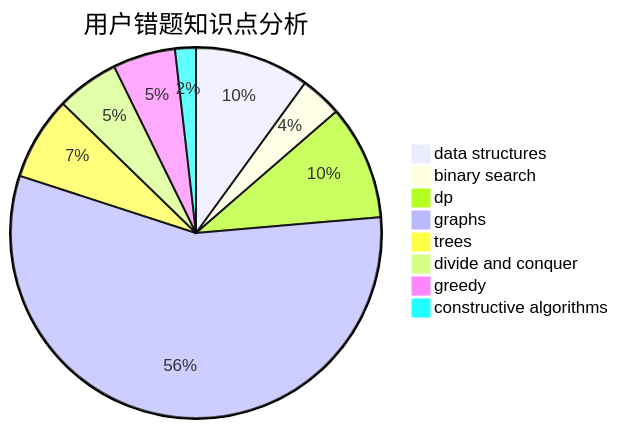
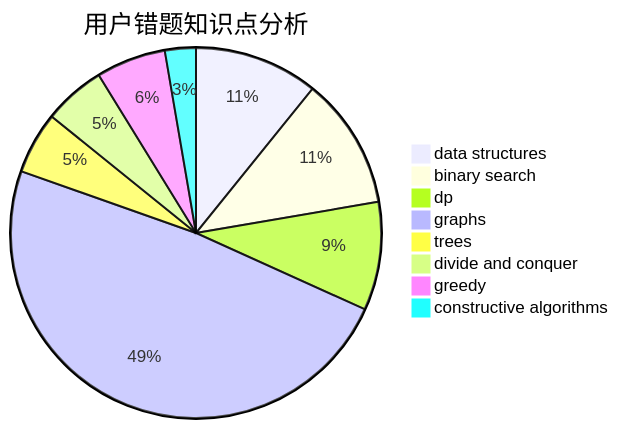
The third of 3 diagrams in docs/user/u2530.md (sherpahu/cfrs.github.io), drawn with Mermaid before and after one commit. The commit also changed other lines of this file and 2770 other files, not shown here.

````diff
--- a/docs/user/u2530.md
+++ b/docs/user/u2530.md
@@ -36,11 +36,11 @@
 ```mermaid
 pie title 用户错题知识点分析
-    "data structures" :  11
-    "binary search" :  4
-    "dp" :  11
-    "graphs" :  62
+    "data structures" :  16
+    "binary search" :  17
+    "dp" :  14
+    "graphs" :  72
     "trees" :  8
-    "divide and conquer" :  6
-    "greedy" :  6
-    "constructive algorithms" :  2
+    "divide and conquer" :  8
+    "greedy" :  9
+    "constructive algorithms" :  4
 ```
````
